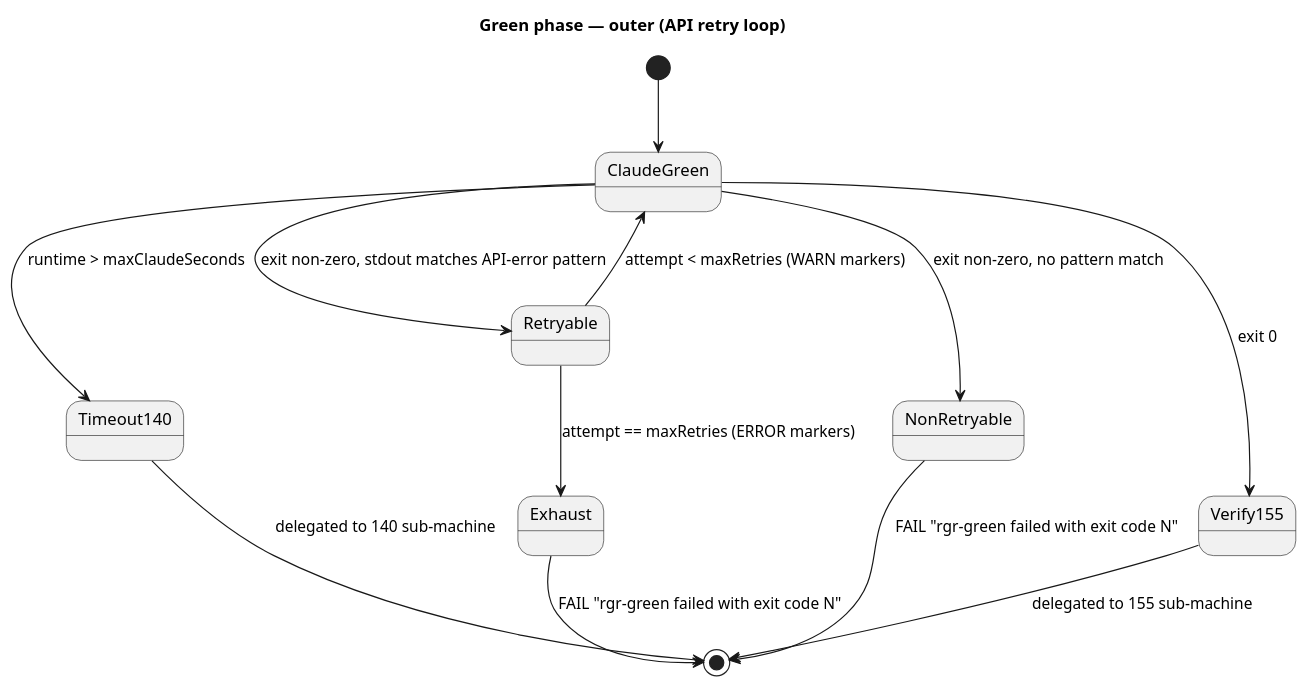
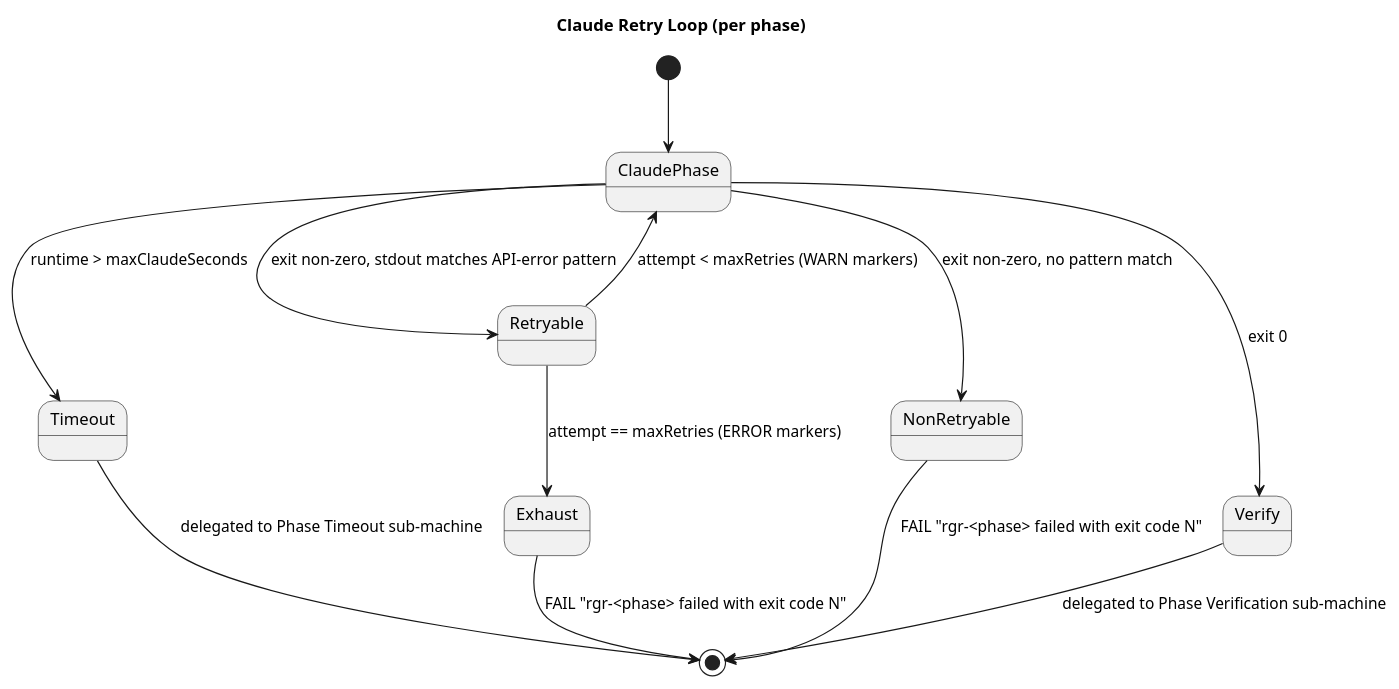
The seventh of 11 diagrams in sheep-dog-features/src/test/resources/asciidoc/specs/Darmok/model.md (farhan5248/sheep-dog-qa), drawn with PlantUML before and after one commit. The commit also changed other lines of this file and 17 other files, not shown here.

Commit message:
Align Darmok asciidoc filenames with model sub-machine names

````diff
--- a/sheep-dog-features/src/test/resources/asciidoc/specs/Darmok/model.md
+++ b/sheep-dog-features/src/test/resources/asciidoc/specs/Darmok/model.md
@@ -202,18 +231,18 @@
 ```plantuml
 @startuml
-title Green phase — outer (API retry loop)
+title Claude Retry Loop (per phase)
 
-[*] --> ClaudeGreen
-ClaudeGreen --> Timeout140   : runtime > maxClaudeSeconds
-ClaudeGreen --> Retryable    : exit non-zero, stdout matches API-error pattern
-ClaudeGreen --> NonRetryable : exit non-zero, no pattern match
-ClaudeGreen --> Verify155    : exit 0
-Retryable --> ClaudeGreen    : attempt < maxRetries (WARN markers)
+[*] --> ClaudePhase
+ClaudePhase --> Timeout      : runtime > maxClaudeSeconds
+ClaudePhase --> Retryable    : exit non-zero, stdout matches API-error pattern
+ClaudePhase --> NonRetryable : exit non-zero, no pattern match
+ClaudePhase --> Verify       : exit 0
+Retryable --> ClaudePhase    : attempt < maxRetries (WARN markers)
 Retryable --> Exhaust        : attempt == maxRetries (ERROR markers)
-NonRetryable --> [*] : FAIL "rgr-green failed with exit code N"
-Exhaust      --> [*] : FAIL "rgr-green failed with exit code N"
-Timeout140   --> [*] : delegated to 140 sub-machine
-Verify155    --> [*] : delegated to 155 sub-machine
+NonRetryable --> [*] : FAIL "rgr-<phase> failed with exit code N"
+Exhaust      --> [*] : FAIL "rgr-<phase> failed with exit code N"
+Timeout      --> [*] : delegated to Phase Timeout sub-machine
+Verify       --> [*] : delegated to Phase Verification sub-machine
 
 @enduml
 ```
````
